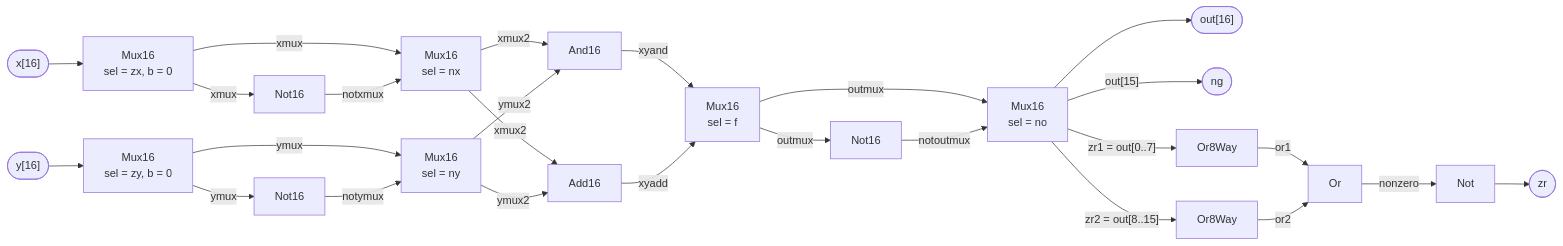
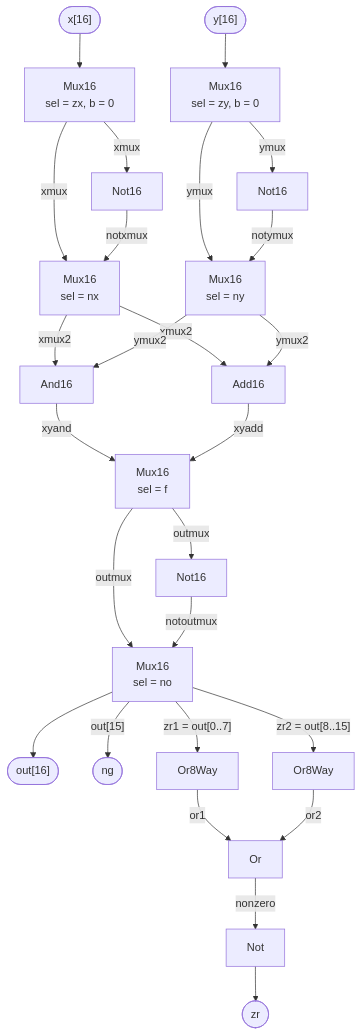
The third of 6 diagrams in README.md (spaceadler/nand2tetris), drawn with Mermaid before and after one commit. The commit also changed other lines of this file, not shown here.

Commit message:
docs: diagrams flow top-to-bottom where they were too wide for GitHub's frame

````diff
--- a/README.md
+++ b/README.md
@@ -79,24 +79,24 @@
 ```mermaid
-flowchart LR
+flowchart TB
     x(["x[16]"]) --> zx["Mux16<br/>sel = zx, b = 0"]
     zx -->|xmux| nx["Mux16<br/>sel = nx"]
     zx -->|xmux| notx["Not16"] -->|notxmux| nx
     y(["y[16]"]) --> zy["Mux16<br/>sel = zy, b = 0"]
     zy -->|ymux| ny["Mux16<br/>sel = ny"]
     zy -->|ymux| noty["Not16"] -->|notymux| ny
 
     nx -->|xmux2| and16["And16"] & add16["Add16"]
     ny -->|ymux2| and16 & add16
     and16 -->|xyand| f["Mux16<br/>sel = f"]
     add16 -->|xyadd| f
     f -->|outmux| no["Mux16<br/>sel = no"]
     f -->|outmux| noto["Not16"] -->|notoutmux| no
     no --> out(["out[16]"])
 
     no -->|"out[15]"| ng(["ng"])
     no -->|"zr1 = out[0..7]"| o1["Or8Way"]
     no -->|"zr2 = out[8..15]"| o2["Or8Way"]
     o1 -->|or1| or["Or"]
     o2 -->|or2| or
     or -->|nonzero| not["Not"] --> zr(["zr"])
 ```
````
